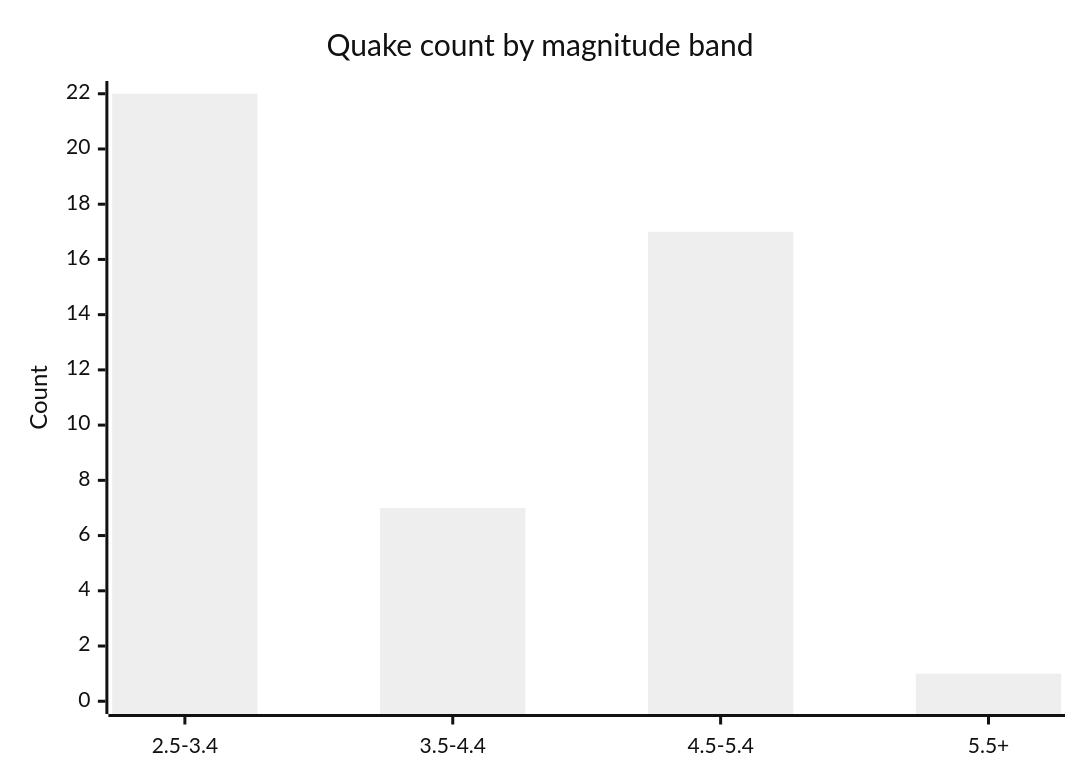
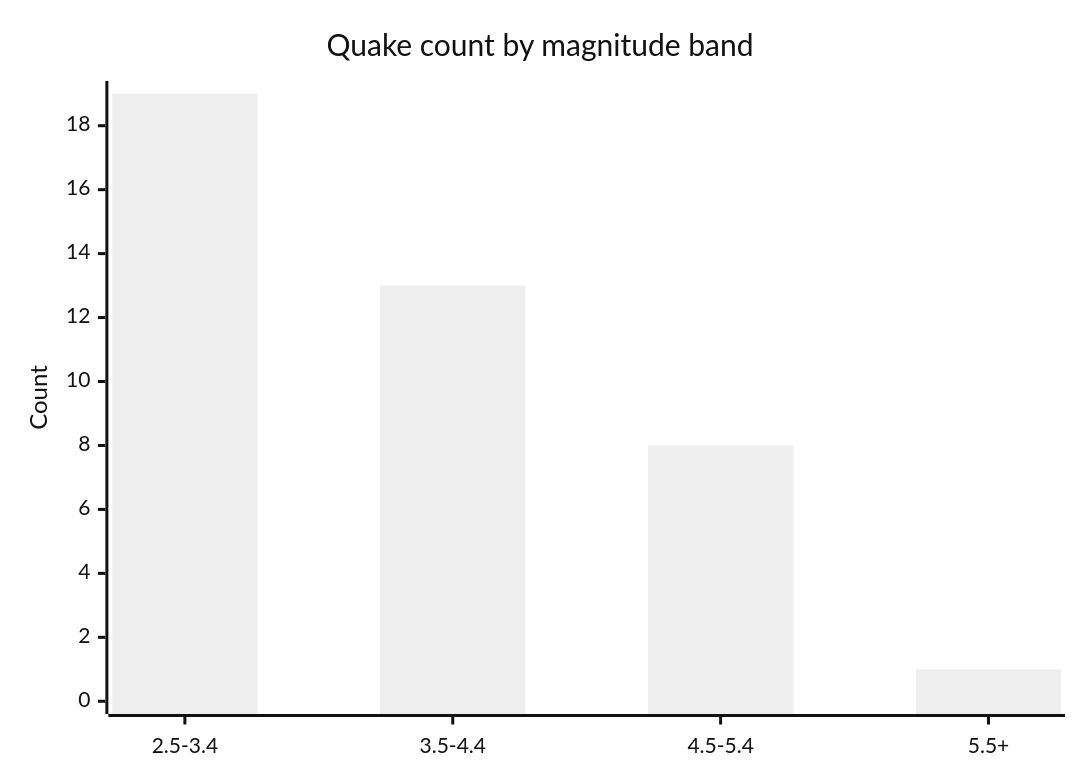
Before and after one commit to Midwest-Stratospheric/aerostratospheric-defense-gir: the fifth of 6 diagrams in docs/GRAPHS.md, drawn with Mermaid (neutral theme). The commit also changed other lines of this file and 24 other files, not shown here.

````diff
--- a/docs/GRAPHS.md
+++ b/docs/GRAPHS.md
@@ -82,7 +82,7 @@
 ```mermaid
 xychart-beta
   title "Quake count by magnitude band"
   x-axis ["2.5-3.4", "3.5-4.4", "4.5-5.4", "5.5+"]
-  y-axis "Count" 0 --> 22
-  bar [22, 7, 17, 1]
+  y-axis "Count" 0 --> 19
+  bar [19, 13, 8, 1]
 ```
````
